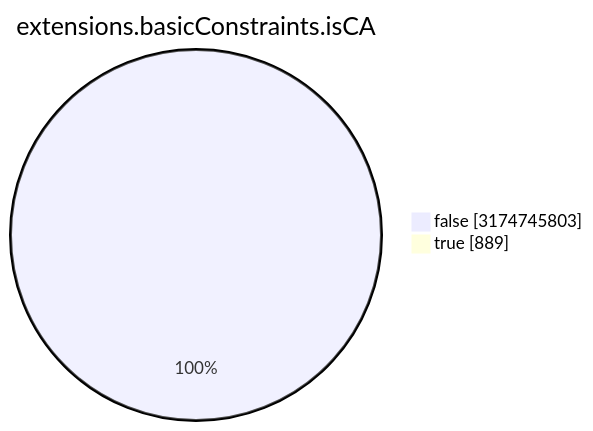
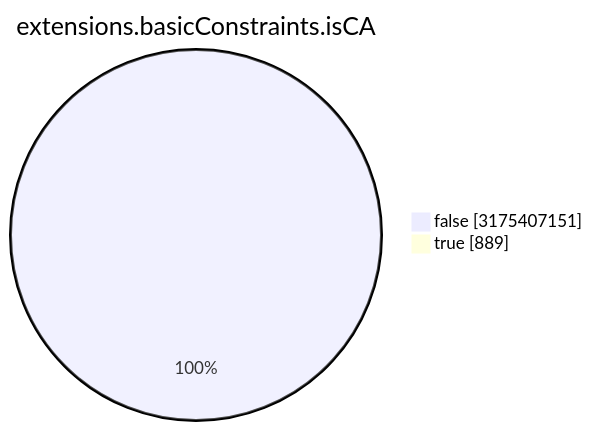
The seventh of 15 diagrams in TOTAL/README.md (christiankrug/ctmonitor_visualization), drawn with Mermaid before and after one commit. The commit also changed other lines of this file, not shown here.

````diff
--- a/TOTAL/README.md
+++ b/TOTAL/README.md
@@ -3088,6 +3088,6 @@
 ```mermaid
 pie showData
 title extensions.basicConstraints.isCA
-"false" :3174745803
+"false" :3175407151
 "true" :889
 ```
````
